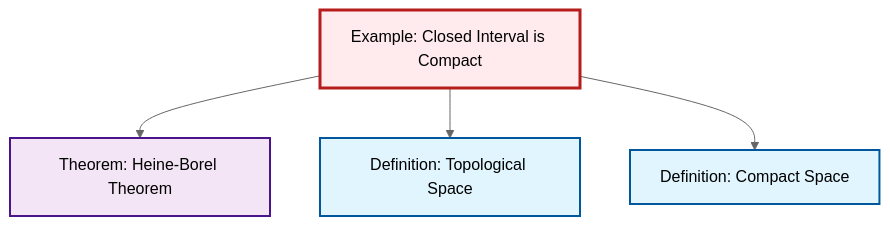
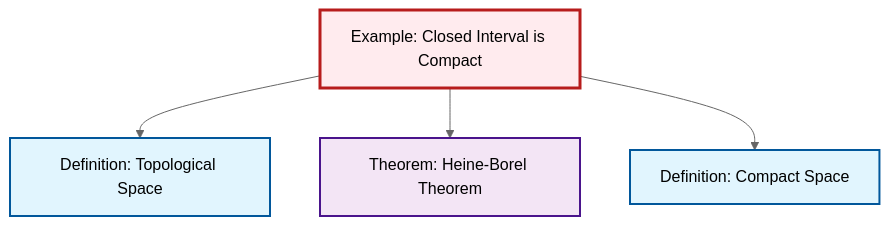
The diagram in content/en/topology/ex-closed-interval-compact.qmd (RK0429/ModernMath), drawn with Mermaid (neutral theme) before and after one commit. The commit also changed other lines of this file and 530 other files, not shown here.

````diff
--- a/content/en/topology/ex-closed-interval-compact.qmd
+++ b/content/en/topology/ex-closed-interval-compact.qmd
@@ -54,20 +54,20 @@
 ```{mermaid}
 %%| fig-cap: "Local dependency graph"
 graph TD
     classDef definition fill:#e1f5fe,stroke:#01579b,stroke-width:2px
     classDef theorem fill:#f3e5f5,stroke:#4a148c,stroke-width:2px
     classDef axiom fill:#fff3e0,stroke:#e65100,stroke-width:2px
     classDef example fill:#e8f5e9,stroke:#1b5e20,stroke-width:2px
     classDef current fill:#ffebee,stroke:#b71c1c,stroke-width:3px
-    thm-heine-borel["Theorem: Heine-Borel Theorem"]:::theorem
-    def-compact["Definition: Compact Space"]:::definition
     ex-closed-interval-compact["Example: Closed Interval is Compact"]:::example
     def-topological-space["Definition: Topological Space"]:::definition
+    def-compact["Definition: Compact Space"]:::definition
+    thm-heine-borel["Theorem: Heine-Borel Theorem"]:::theorem
+    ex-closed-interval-compact --> def-topological-space
     ex-closed-interval-compact --> thm-heine-borel
-    ex-closed-interval-compact --> def-topological-space
     ex-closed-interval-compact --> def-compact
     class ex-closed-interval-compact current
+    click def-topological-space "def-topological-space.html" "Go to Topological Space definition"
+    click def-compact "def-compact.html" "Go to Compact Space definition"
     click thm-heine-borel "thm-heine-borel.html" "Go to Heine-Borel Theorem theorem"
-    click def-compact "def-compact.html" "Go to Compact Space definition"
-    click def-topological-space "def-topological-space.html" "Go to Topological Space definition"
 ```
````
